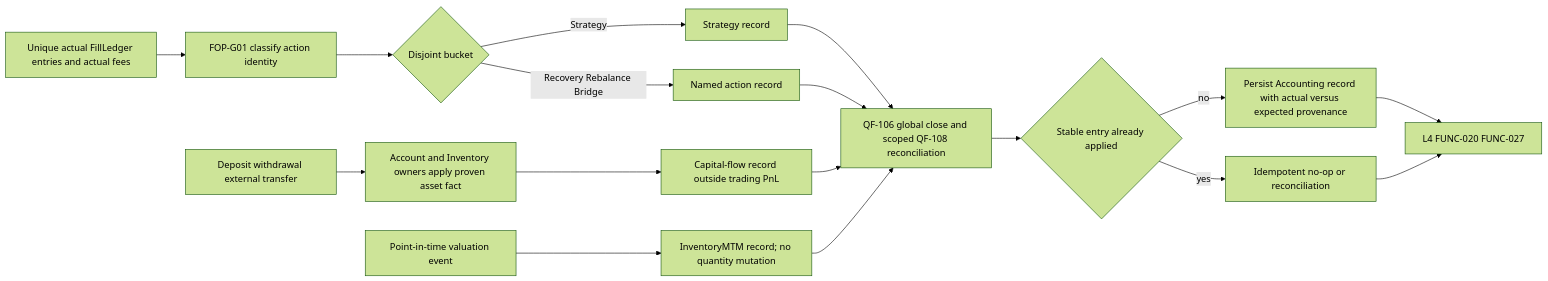
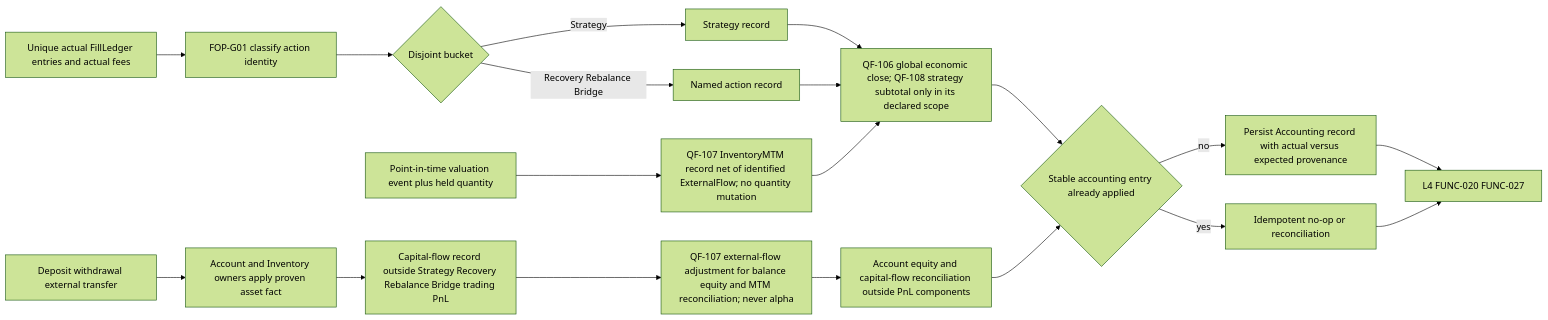
One commit to Insular2895/hyperliquid-arbitrage-bot changed diagram 22 of 37 in docs_v2/deep-specs/architecture/15_ARCHITECTURE_VISUAL_ATLAS.md. Above: the diagram before and after it, drawn with Mermaid (forest theme). The commit also changed other lines of this file and 3 other files, not shown here.

````diff
--- a/docs_v2/deep-specs/architecture/15_ARCHITECTURE_VISUAL_ATLAS.md
+++ b/docs_v2/deep-specs/architecture/15_ARCHITECTURE_VISUAL_ATLAS.md
@@ -836,19 +845,21 @@
 ```mermaid
 flowchart LR
     F22["Unique actual FillLedger entries and actual fees"] --> C22["FOP-G01 classify action identity"]
     N22["Deposit withdrawal external transfer"] --> A22["Account and Inventory owners apply proven asset fact"]
-    A22 --> CF22["Capital-flow record outside trading PnL"]
-    M22["Point-in-time valuation event"] --> MT22["InventoryMTM record; no quantity mutation"]
+    A22 --> CF22["Capital-flow record outside Strategy Recovery Rebalance Bridge trading PnL"]
+    CF22 --> E22["QF-107 external-flow adjustment for balance equity and MTM reconciliation; never alpha"]
+    M22["Point-in-time valuation event plus held quantity"] --> MT22["QF-107 InventoryMTM record net of identified ExternalFlow; no quantity mutation"]
     C22 --> B22{"Disjoint bucket"}
     B22 -->|Strategy| S22["Strategy record"]
     B22 -->|Recovery Rebalance Bridge| R22["Named action record"]
-    S22 --> G22["QF-106 global close and scoped QF-108 reconciliation"]
+    S22 --> G22["QF-106 global economic close; QF-108 strategy subtotal only in its declared scope"]
     R22 --> G22
-    CF22 --> G22
     MT22 --> G22
-    G22 --> D22{"Stable entry already applied"}
+    E22 --> Q22["Account equity and capital-flow reconciliation outside PnL components"]
+    G22 --> D22{"Stable accounting entry already applied"}
+    Q22 --> D22
     D22 -->|yes| X22["Idempotent no-op or reconciliation"]
     D22 -->|no| P22["Persist Accounting record with actual versus expected provenance"]
     P22 --> T22["L4 FUNC-020 FUNC-027"]
     X22 --> T22
 ```
````
